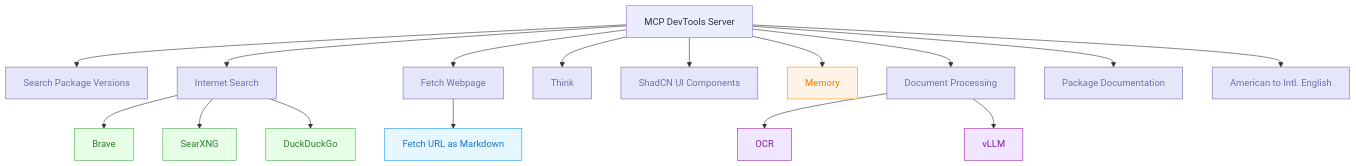
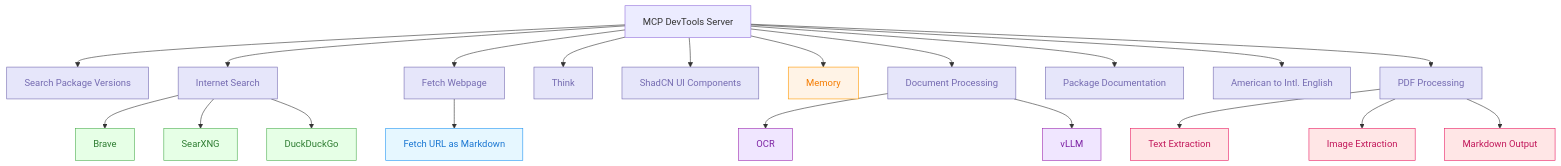
One commit to sammcj/mcp-devtools changed the diagram in README.md. Above: the diagram before and after it, drawn with Mermaid. The commit also changed other lines of this file and 9 other files, not shown here.

Commit message:
feat: Fast PDF extraction tool

````diff
--- a/README.md
+++ b/README.md
@@ -7,37 +7,44 @@
 ```mermaid
 graph TD
     A[MCP DevTools Server] --> B[Search Package Versions]
     A --> C[Internet Search]
     A --> D[Fetch Webpage]
     A --> E[Think]
     A --> F[ShadCN UI Components]
     A --> G[Memory]
     A --> H[Document Processing]
     A --> I[Package Documentation]
     A --> J[American to Intl. English]
+    A --> K[PDF Processing]
 
     C --> C1[Brave]
     C --> C2[SearXNG]
     C --> C3[DuckDuckGo]
 
     D --> D1[Fetch URL as Markdown]
 
     H --> H5[OCR]
     H --> H6[vLLM]
+    
+    K --> K1[Text Extraction]
+    K --> K2[Image Extraction]
+    K --> K3[Markdown Output]
 
     classDef toolCategory fill:#E6E6FA,stroke:#756BB1,color:#756BB1
     classDef tool fill:#EFF3FF,stroke:#9ECAE1,color:#3182BD
     classDef searchTool fill:#E6FFE6,stroke:#4CAF50,color:#2E7D32
     classDef memoryTool fill:#FFF3E6,stroke:#FF9800,color:#F57C00
     classDef webTool fill:#E6F7FF,stroke:#2196F3,color:#1976D2
     classDef docTool fill:#F0E6FF,stroke:#9C27B0,color:#7B1FA2
     classDef packageTool fill:#FFF0E6,stroke:#FF6B35,color:#D84315
+    classDef pdfTool fill:#FFE6E6,stroke:#E91E63,color:#C2185B
 
-    class B,C,D,E,F,H,I,J toolCategory
+    class B,C,D,E,F,H,I,J,K toolCategory
     class B1,B2,E1,F1 tool
     class B1,C1,C2,C3 searchTool
     class G memoryTool
     class D1 webTool
     class H1,H2,H3,H4,H5,H6 docTool
     class I1,I2 packageTool
+    class K1,K2,K3 pdfTool
 ```
````
